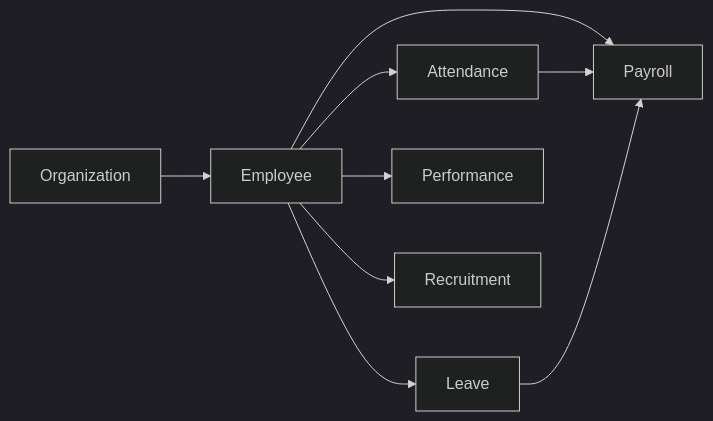
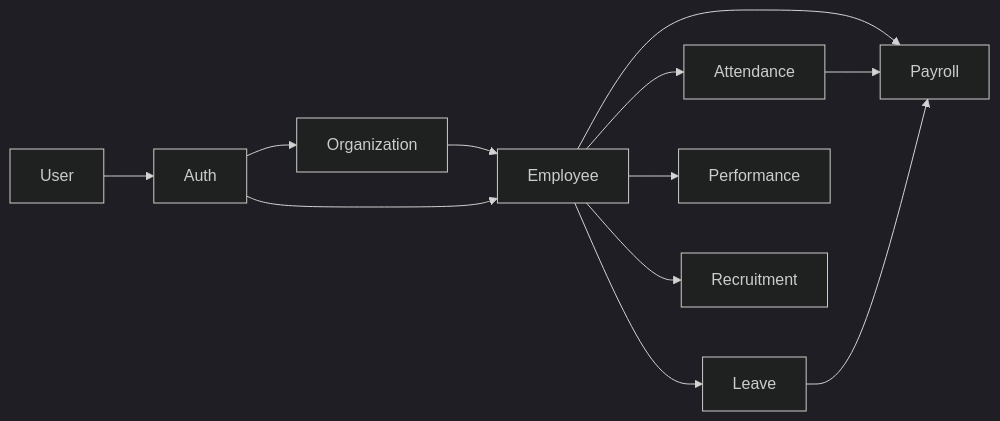
The diagram in docs/PRD/README.md (bagusyanuar/hris-backend), drawn with Mermaid (dark theme) before and after one commit. The commit also changed other lines of this file and 11 other files, not shown here.

````diff
--- a/docs/PRD/README.md
+++ b/docs/PRD/README.md
@@ -31,11 +78,14 @@
 ```mermaid
 graph LR
     Employee --> Attendance
     Employee --> Leave
     Employee --> Payroll
     Employee --> Performance
     Employee --> Recruitment
     Organization --> Employee
     Attendance --> Payroll
     Leave --> Payroll
+    User --> Auth
+    Auth --> Employee
+    Auth --> Organization
 ```
````
